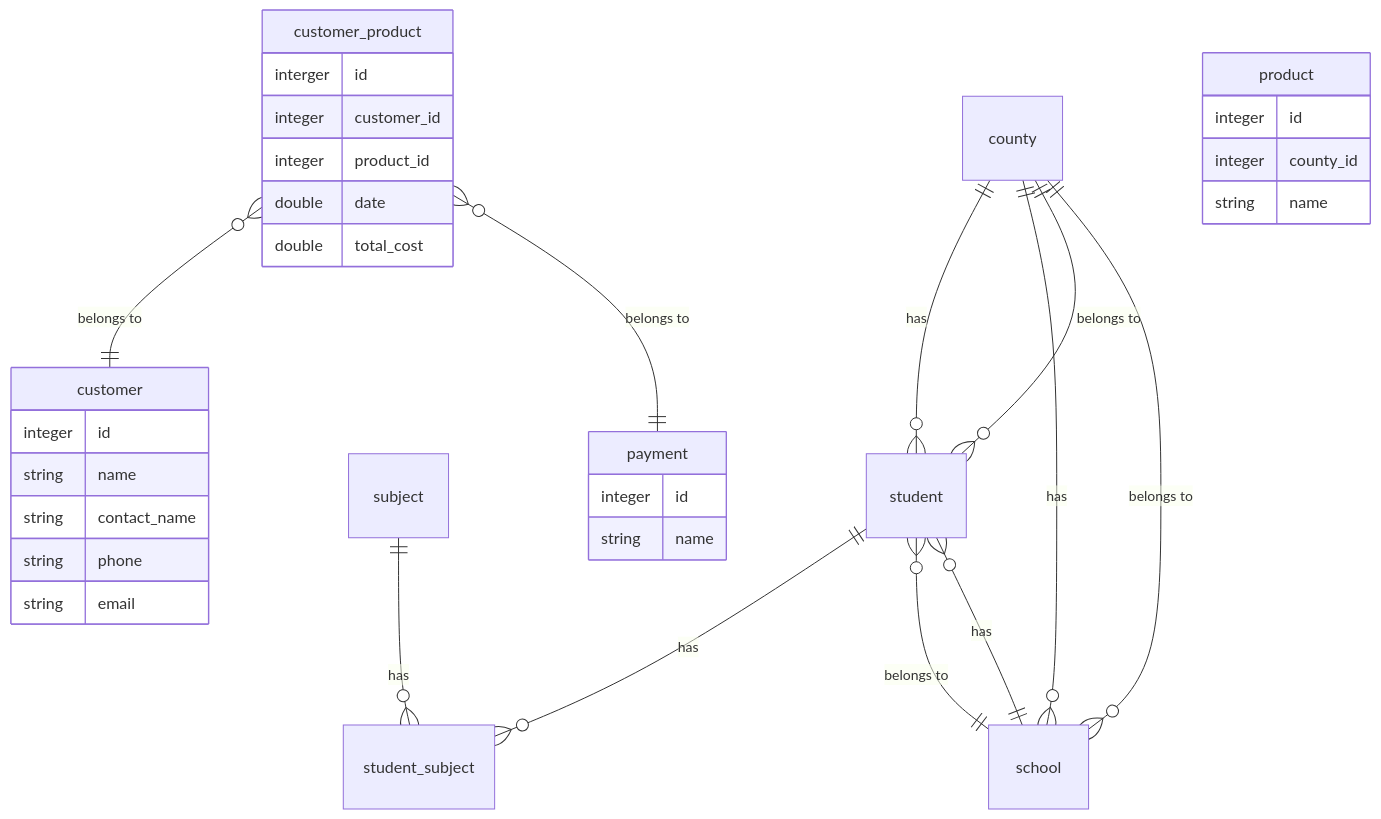
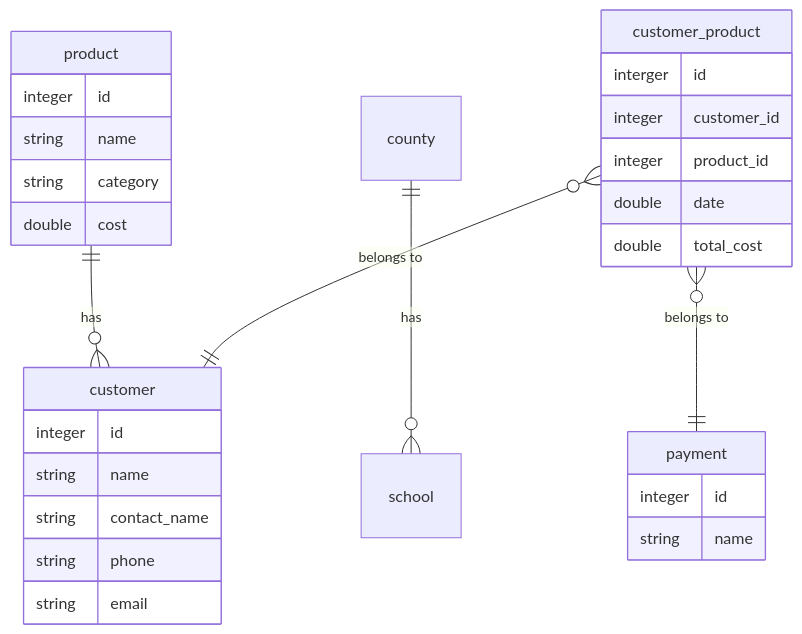
One commit to kihiukiragu/azani changed the diagram in README.md. Above: the diagram before and after it, drawn with Mermaid.

Commit message:
Revise E-R diagram and product fields in README
Updated E-R diagram in README.md to reflect changes in relationships and added new fields for product.

````diff
--- a/README.md
+++ b/README.md
@@ -5,40 +5,35 @@
 ```mermaid
 erDiagram
-county ||--o{ student : "has"
+product ||--o{ customer : "has"
 county ||--o{ school : "has"
-school ||--o{ student : "has"
-student ||--o{ student_subject : "has"
-subject ||--o{ student_subject : "has"
-student }o--|| county : "belongs to"
-student }o--|| school : "belongs to"
-school }o--|| county : "belongs to"
 customer_product }o--|| customer : "belongs to"
 customer_product }o--|| payment : "belongs to"
 
 product {
     integer id
-    integer county_id
-    string name
+    string name    
+    string category
+    double cost
 }
 
 customer {
     integer id
     string name
     string contact_name
     string phone
     string email
 }
 
 payment {
     integer id
     string name
 }
 
 customer_product {
     interger id
     integer customer_id
     integer product_id
     double date
     double total_cost
 }
 ```
````
